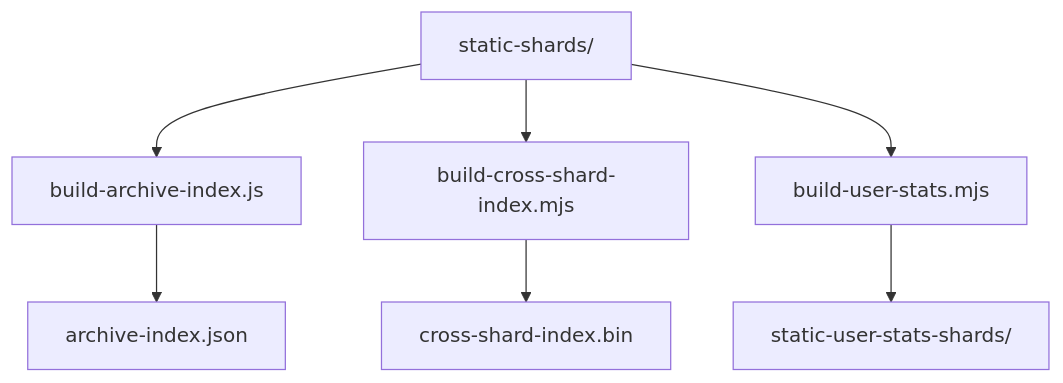
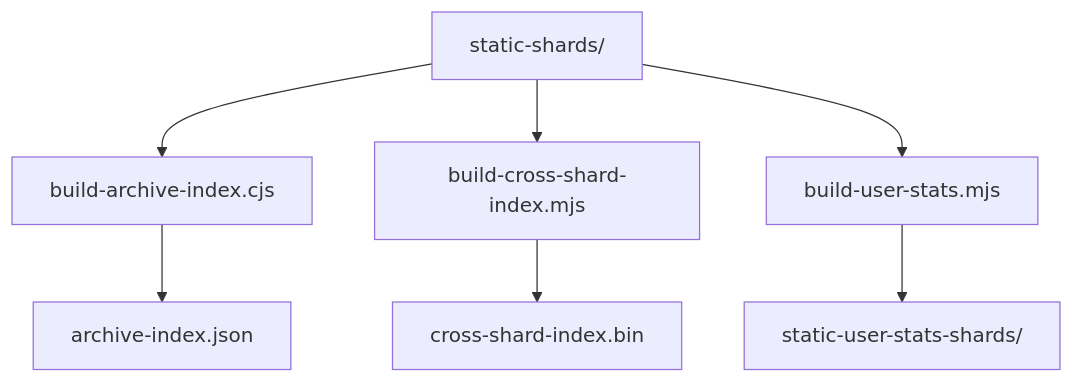
Before and after one commit to DOSAYGO-STUDIO/HackerBook: the second of 2 diagrams in README.md, drawn with Mermaid. The commit also changed other lines of this file and 12 other files, not shown here.

````diff
--- a/README.md
+++ b/README.md
@@ -201,10 +201,10 @@
 ```mermaid
 graph TD
-  Shards[static-shards/] --> Archive[build-archive-index.js]
+  Shards[static-shards/] --> Archive[build-archive-index.cjs]
   Shards --> Cross[build-cross-shard-index.mjs]
   Shards --> UserStats[build-user-stats.mjs]
   
   Archive --> ArchiveIdx[archive-index.json]
   Cross --> CrossIdx[cross-shard-index.bin]
   UserStats --> UserIdx[static-user-stats-shards/]
 ```
````
